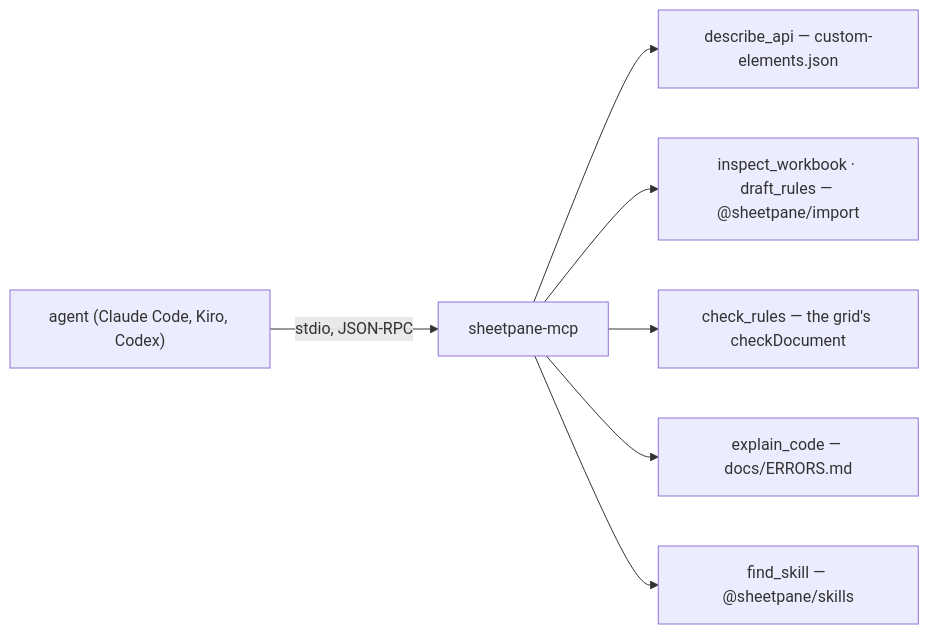
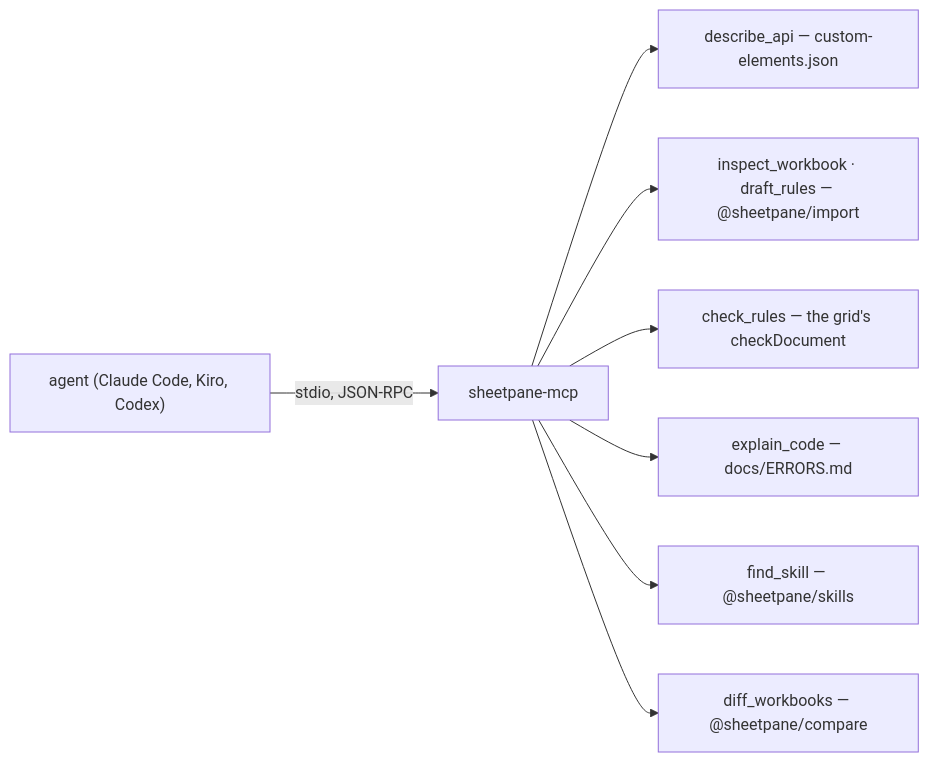
The diagram in records/0119_MCP.md (arpitarya/sheetpane), drawn with Mermaid before and after one commit. The commit also changed other lines of this file and 57 other files, not shown here.

````diff
--- a/records/0119_MCP.md
+++ b/records/0119_MCP.md
@@ -27,9 +27,10 @@
 ```mermaid
 flowchart LR
     A["agent (Claude Code, Kiro, Codex)"] -- "stdio, JSON-RPC" --> S["sheetpane-mcp"]
     S --> D["describe_api — custom-elements.json"]
     S --> I["inspect_workbook · draft_rules — @sheetpane/import"]
     S --> C["check_rules — the grid's checkDocument"]
     S --> E["explain_code — docs/ERRORS.md"]
     S --> F["find_skill — @sheetpane/skills"]
+    S --> W["diff_workbooks — @sheetpane/compare"]
 ```
````
